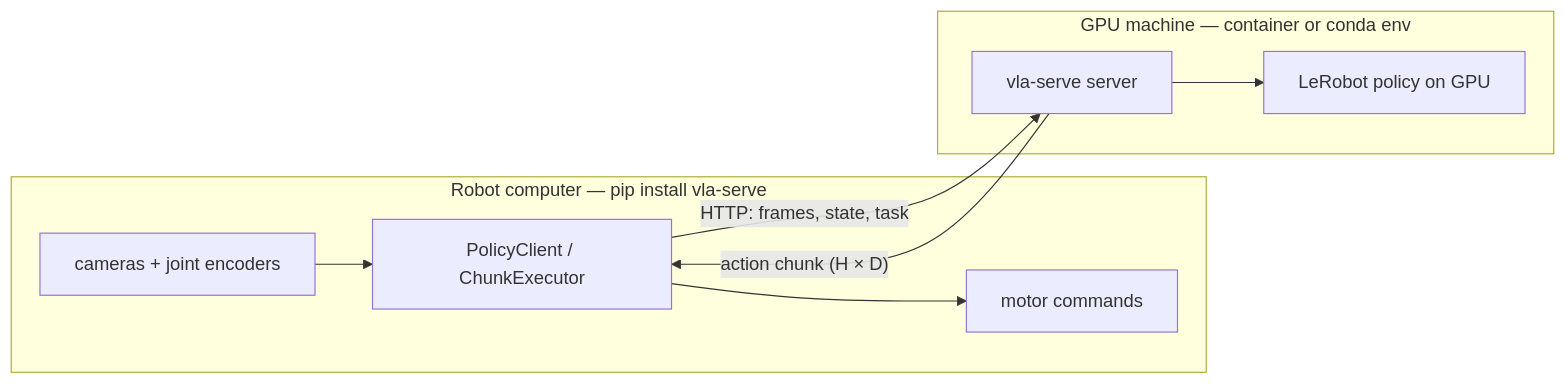
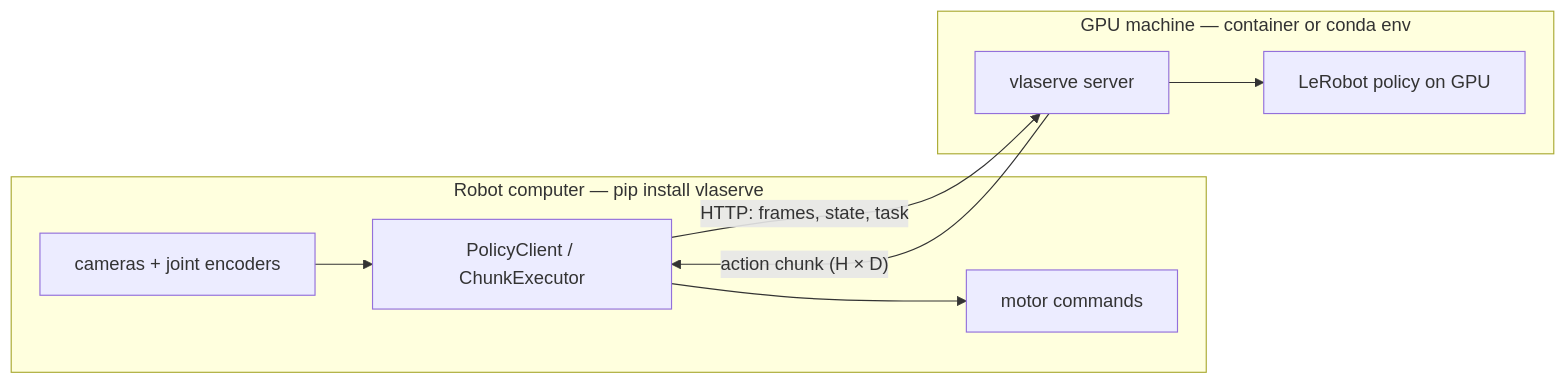
The diagram in website/docs/getting-started.md (mtbui2010/vla-serve), drawn with Mermaid before and after one commit. The commit also changed other lines of this file and 66 other files, not shown here.

First line of the commit message:
rename: vla-serve -> vlaserve everywhere

````diff
--- a/website/docs/getting-started.md
+++ b/website/docs/getting-started.md
@@ -5,12 +5,12 @@
 ```mermaid
 flowchart LR
-  subgraph robot["Robot computer — pip install vla-serve"]
+  subgraph robot["Robot computer — pip install vlaserve"]
     R[cameras + joint encoders] --> C[PolicyClient / ChunkExecutor]
     C --> M[motor commands]
   end
   subgraph gpu["GPU machine — container or conda env"]
-    S[vla-serve server] --> P[LeRobot policy on GPU]
+    S[vlaserve server] --> P[LeRobot policy on GPU]
   end
   C -- "HTTP: frames, state, task" --> S
   S -- "action chunk (H × D)" --> C
 ```
````
